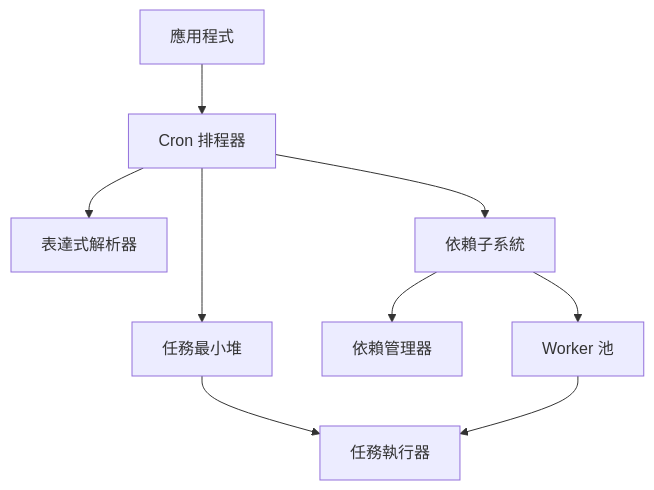
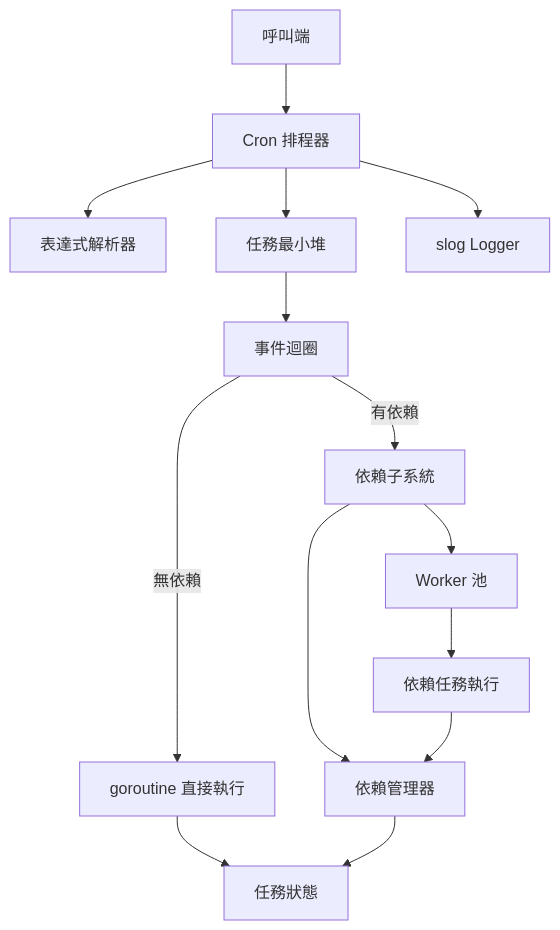
Before and after one commit to pardnchiu/go-scheduler: the first of 7 diagrams in doc/architecture.zh.md, drawn with Mermaid. The commit also changed other lines of this file and 6 other files, not shown here.

````diff
--- a/doc/architecture.zh.md
+++ b/doc/architecture.zh.md
@@ -7,11 +7,16 @@
 ```mermaid
 graph TB
-    App[應用程式] --> Cron[Cron 排程器]
+    App[呼叫端] --> Cron[Cron 排程器]
     Cron --> Parser[表達式解析器]
     Cron --> Heap[任務最小堆]
-    Cron --> Depend[依賴子系統]
+    Cron --> Logger[slog Logger]
+    Heap --> Loop[事件迴圈]
+    Loop -->|無依賴| Runner[goroutine 直接執行]
+    Loop -->|有依賴| Depend[依賴子系統]
     Depend --> Manager[依賴管理器]
     Depend --> Workers[Worker 池]
-    Heap --> Runner[任務執行器]
-    Workers --> Runner
+    Workers --> DepRunner[依賴任務執行]
+    Runner --> State[任務狀態]
+    DepRunner --> Manager
+    Manager --> State
 ```
````
